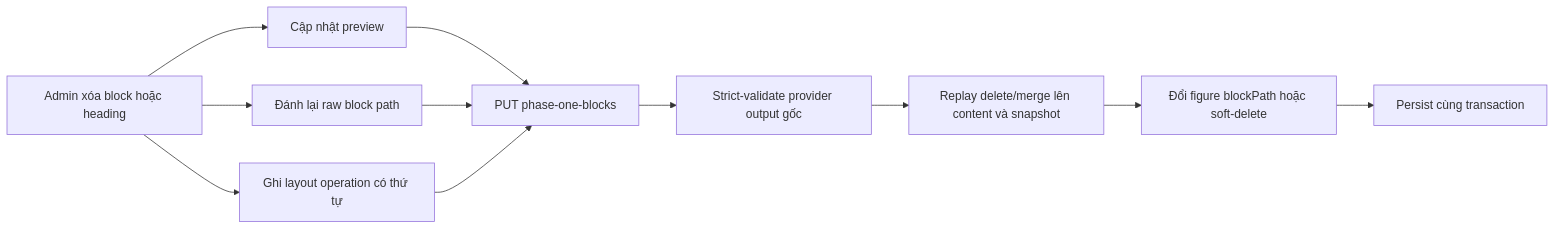
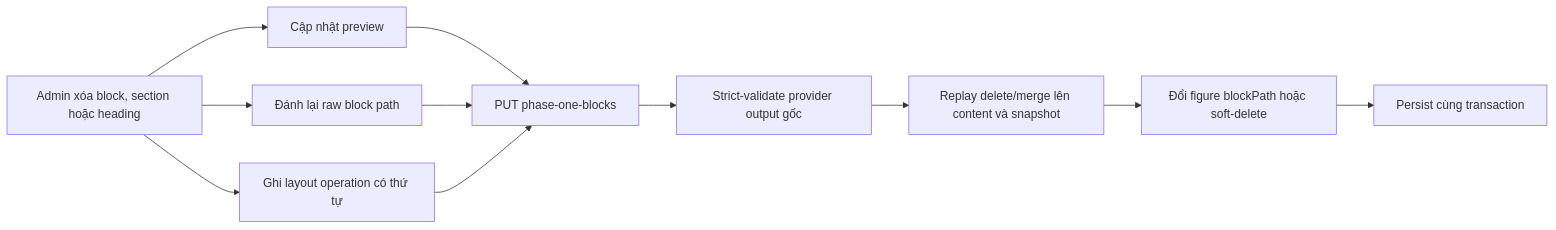
Before and after one commit to DamAnhTuanTB/ClassHero: the second of 2 diagrams in docs/learning-notes/foundation/ai-structured-output-jobs.md, drawn with Mermaid. The commit also changed other lines of this file and 46 other files, not shown here.

First line of the commit message:
feat(m9): reconcile textbook figure workflows

````diff
--- a/docs/learning-notes/foundation/ai-structured-output-jobs.md
+++ b/docs/learning-notes/foundation/ai-structured-output-jobs.md
@@ -175,13 +200,13 @@
 ```mermaid
 flowchart LR
-  A[Admin xóa block hoặc heading] --> B[Cập nhật preview]
+  A[Admin xóa block, section hoặc heading] --> B[Cập nhật preview]
   A --> C[Đánh lại raw block path]
   A --> D[Ghi layout operation có thứ tự]
   B --> E[PUT phase-one-blocks]
   C --> E
   D --> E
   E --> F[Strict-validate provider output gốc]
   F --> G[Replay delete/merge lên content và snapshot]
   G --> H[Đổi figure blockPath hoặc soft-delete]
   H --> I[Persist cùng transaction]
 ```
````
